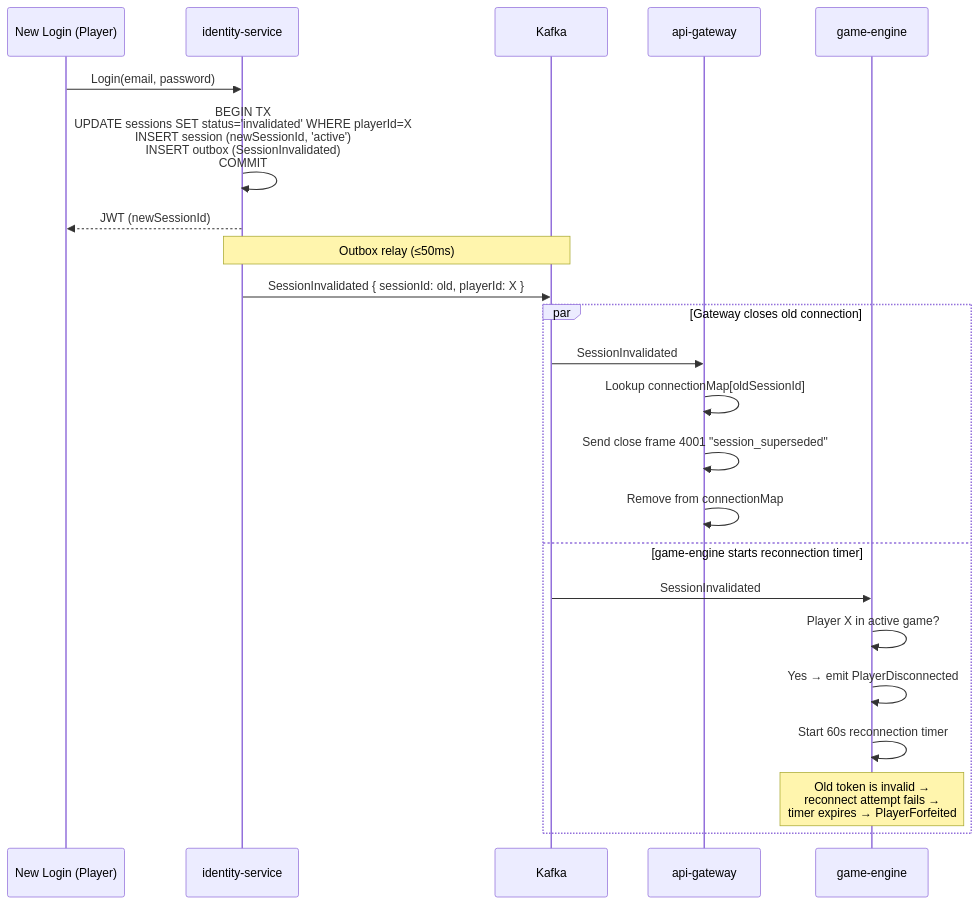
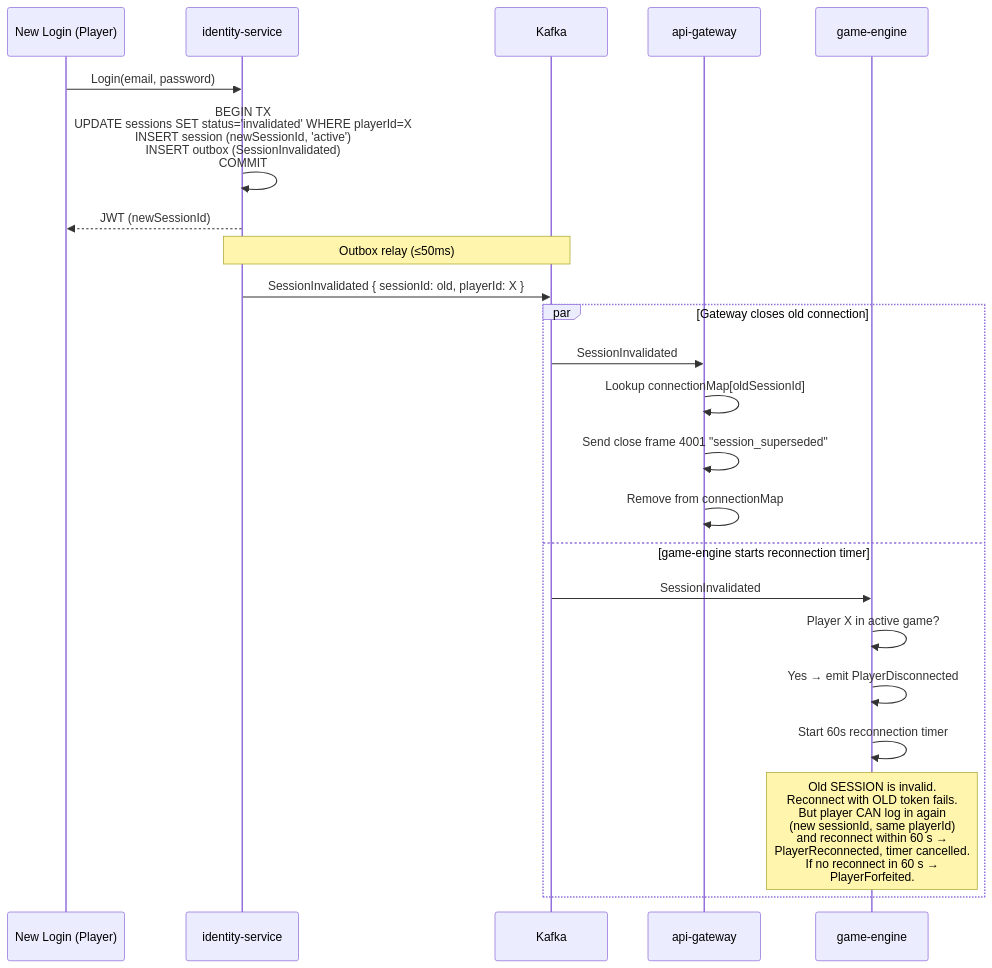
Before and after one commit to berni-245/UnoArena: the second of 2 diagrams in spec/architecture/docs/05-client-connection-model.md, drawn with Mermaid. The commit also changed other lines of this file and 16 other files, not shown here.

````diff
--- a/spec/architecture/docs/05-client-connection-model.md
+++ b/spec/architecture/docs/05-client-connection-model.md
@@ -181,29 +181,29 @@
 ```mermaid
 sequenceDiagram
     participant NL as New Login (Player)
     participant IS as identity-service
     participant K as Kafka
     participant GW as api-gateway
     participant GE as game-engine
 
     NL->>IS: Login(email, password)
     IS->>IS: BEGIN TX<br/>UPDATE sessions SET status='invalidated' WHERE playerId=X<br/>INSERT session (newSessionId, 'active')<br/>INSERT outbox (SessionInvalidated)<br/>COMMIT
 
     IS-->>NL: JWT (newSessionId)
 
     Note over IS,K: Outbox relay (≤50ms)
     IS->>K: SessionInvalidated { sessionId: old, playerId: X }
 
     par Gateway closes old connection
         K->>GW: SessionInvalidated
         GW->>GW: Lookup connectionMap[oldSessionId]
         GW->>GW: Send close frame 4001 "session_superseded"
         GW->>GW: Remove from connectionMap
     and game-engine starts reconnection timer
         K->>GE: SessionInvalidated
         GE->>GE: Player X in active game?
         GE->>GE: Yes → emit PlayerDisconnected
         GE->>GE: Start 60s reconnection timer
-        Note over GE: Old token is invalid →<br/>reconnect attempt fails →<br/>timer expires → PlayerForfeited
+        Note over GE: Old SESSION is invalid.<br/>Reconnect with OLD token fails.<br/>But player CAN log in again<br/>(new sessionId, same playerId)<br/>and reconnect within 60 s →<br/>PlayerReconnected, timer cancelled.<br/>If no reconnect in 60 s →<br/>PlayerForfeited.
     end
 ```
````
